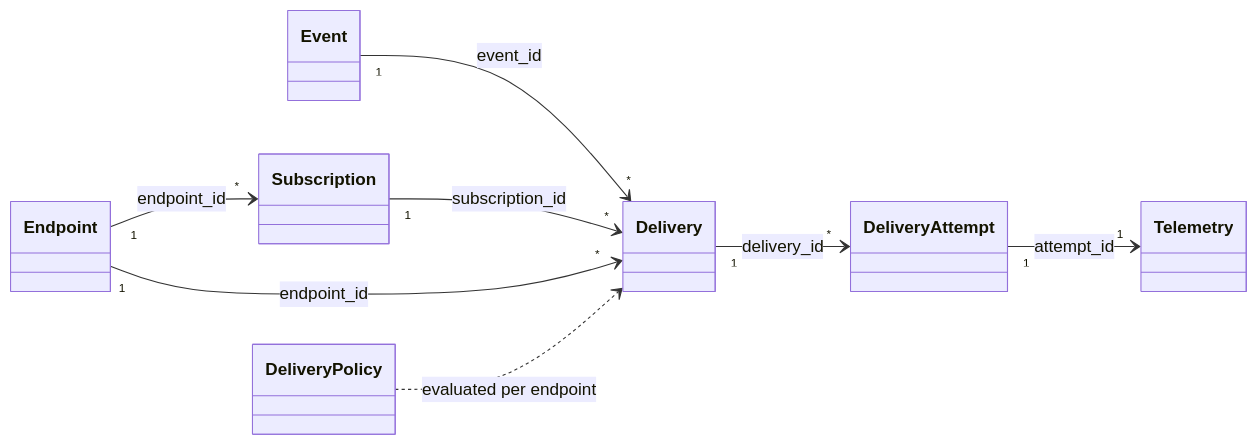
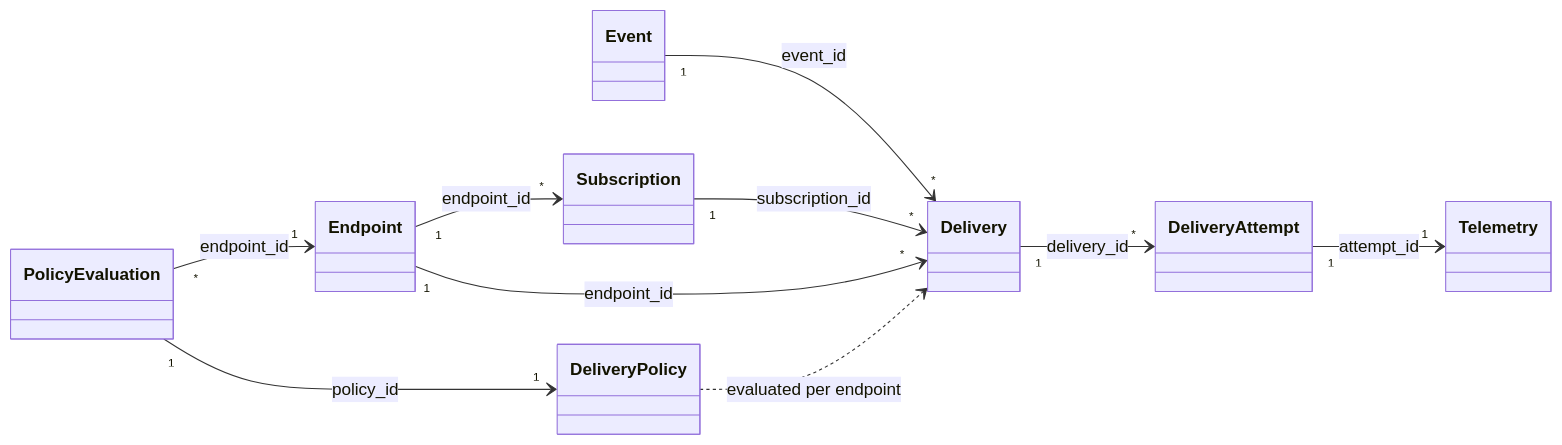
One commit to RelayForged/relayforge changed the seventh of 7 diagrams in docs/Diagrams/data-plane-class-diagram.md. Above: the diagram before and after it, drawn with Mermaid. The commit also changed other lines of this file and 45 other files, not shown here.

````diff
--- a/docs/Diagrams/data-plane-class-diagram.md
+++ b/docs/Diagrams/data-plane-class-diagram.md
@@ -163,12 +412,14 @@
 ```mermaid
 classDiagram
     direction LR
 
     Event "1" --> "*" Delivery : event_id
     Subscription "1" --> "*" Delivery : subscription_id
     Endpoint "1" --> "*" Delivery : endpoint_id
     Endpoint "1" --> "*" Subscription : endpoint_id
     Delivery "1" --> "*" DeliveryAttempt : delivery_id
     DeliveryAttempt "1" --> "1" Telemetry : attempt_id
     DeliveryPolicy ..> Delivery : evaluated per endpoint
+    PolicyEvaluation "*" --> "1" Endpoint : endpoint_id
+    PolicyEvaluation "1" --> "1" DeliveryPolicy : policy_id
 ```
````
